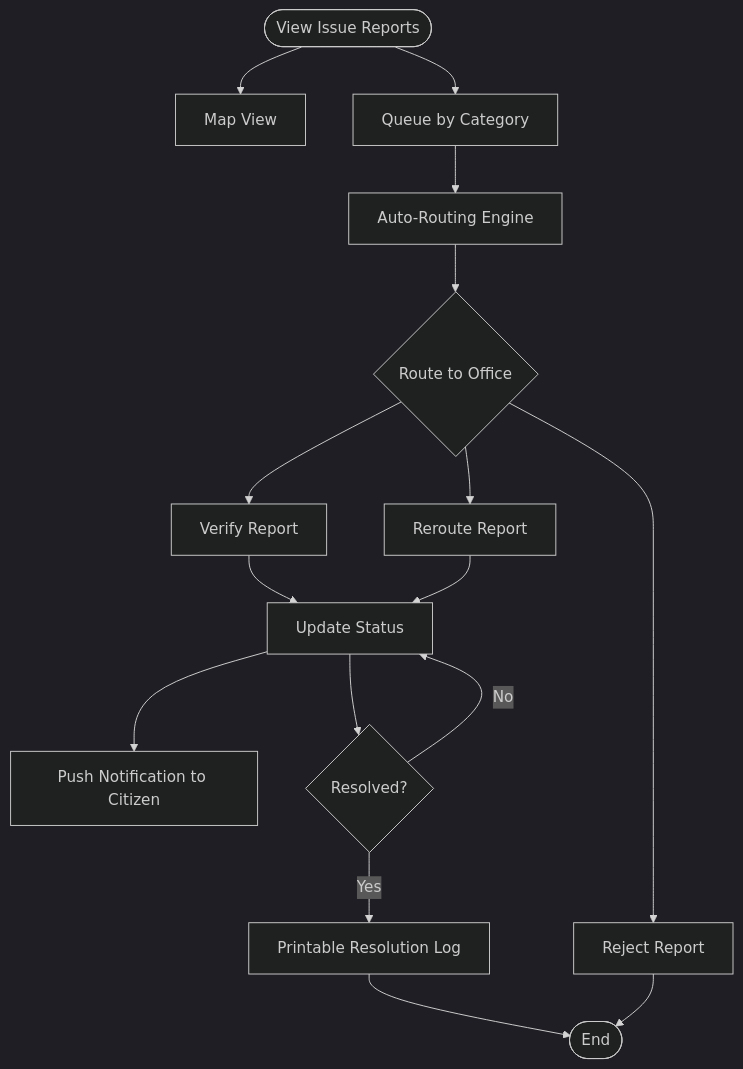
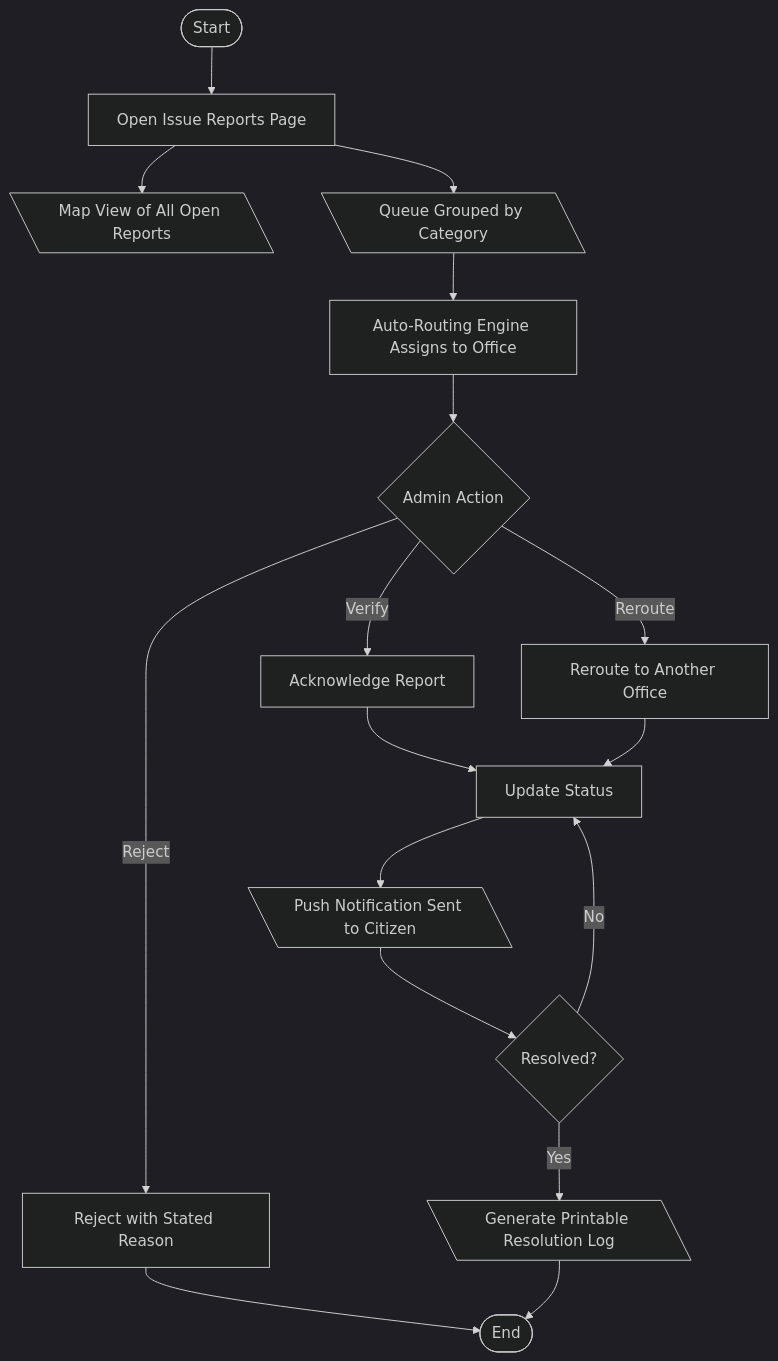
One commit to MellowLaw/AGAPP changed the seventh of 25 diagrams in Manuscript/diagrams.md. Above: the diagram before and after it, drawn with Mermaid (dark theme). The commit also changed other lines of this file and 1 other file, not shown here.

Commit message:
feat: update diagrams and figures documentation with detailed flowcharts and wireframes for AGAPP

````diff
--- a/Manuscript/diagrams.md
+++ b/Manuscript/diagrams.md
@@ -150,18 +195,19 @@
 ```mermaid
 flowchart TD
-    Start([View Issue Reports]) --> MapView[Map View]
-    Start --> Queue[Queue by Category]
-    Queue --> AutoRoute[Auto-Routing Engine]
-    AutoRoute --> Route{Route to Office}
-    Route --> Verify[Verify Report]
-    Route --> Reroute[Reroute Report]
-    Route --> Reject[Reject Report]
-    Verify --> Status[Update Status]
-    Status --> Notify[Push Notification to Citizen]
-    Status --> Resolved{Resolved?}
-    Resolved -->|Yes| Log[Printable Resolution Log]
+    Start([Start]) --> Open[Open Issue Reports Page]
+    Open --> MapView[\Map View of All Open Reports\]
+    Open --> Queue[\Queue Grouped by Category\]
+    Queue --> AutoRoute[Auto-Routing Engine Assigns to Office]
+    AutoRoute --> Decision{Admin Action}
+    Decision -->|Verify| Acknowledge[Acknowledge Report]
+    Decision -->|Reroute| Reroute[Reroute to Another Office]
+    Decision -->|Reject| Reject[Reject with Stated Reason]
+    Acknowledge --> Status[Update Status]
+    Reroute --> Status
+    Status --> Notify[\Push Notification Sent to Citizen\]
+    Notify --> Resolved{Resolved?}
     Resolved -->|No| Status
-    Reroute --> Status
+    Resolved -->|Yes| Log[\Generate Printable Resolution Log\]
     Reject --> End([End])
     Log --> End
 ```
````
